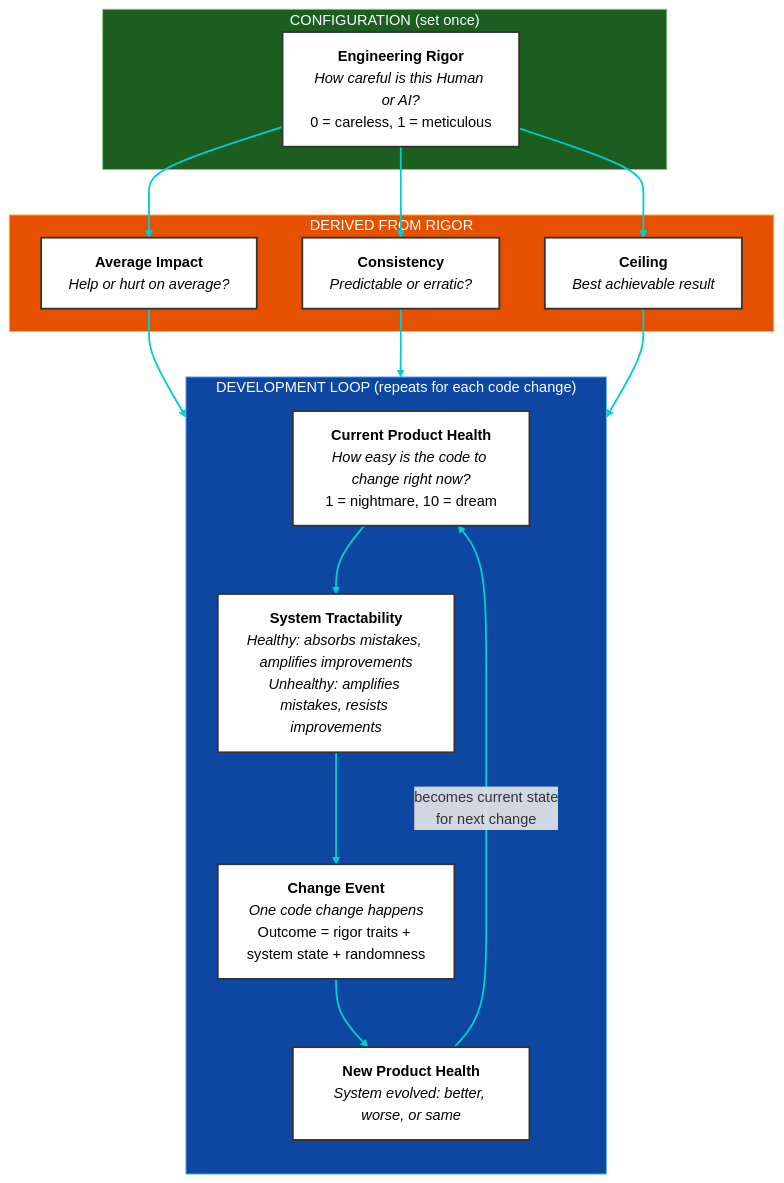
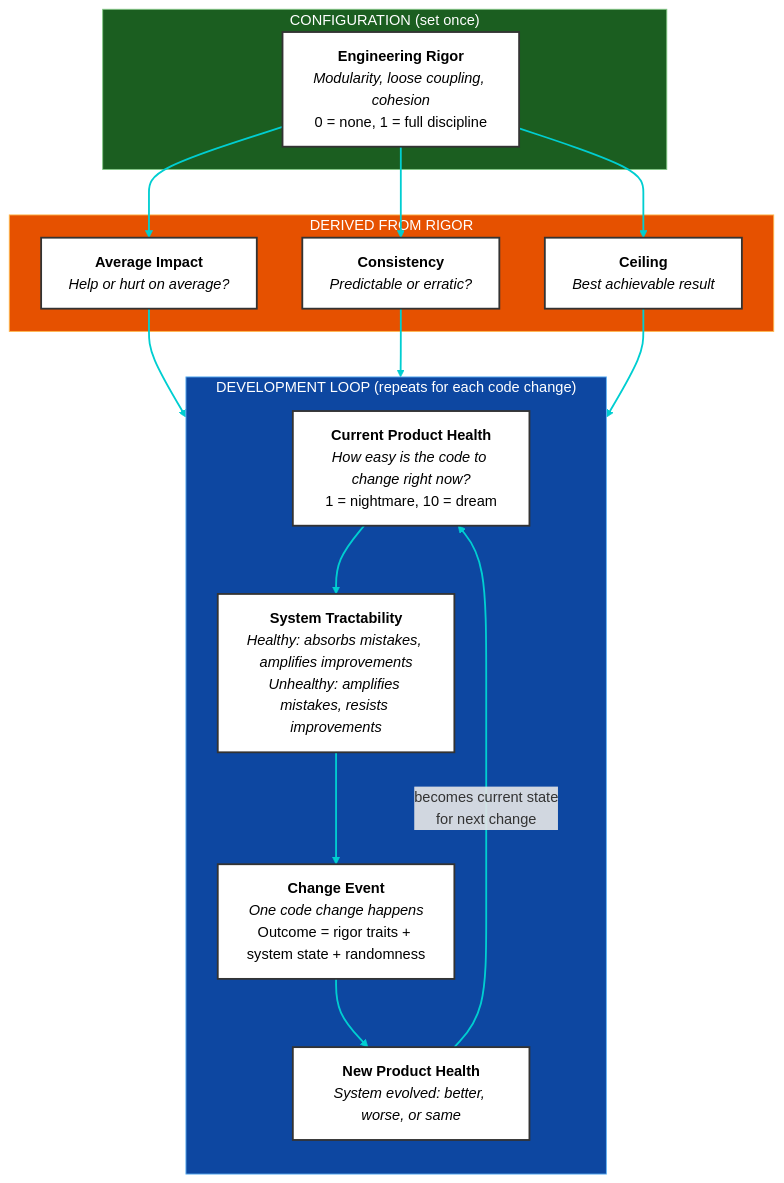
One commit to dawid-dahl-umain/product-health-dynamics changed the diagram in model.mermaid. Above: the diagram before and after it, drawn with Mermaid.

Commit message:
docs: update mermaid diagram description for Engineering Rigor to emphasize modularity and discipline

```diff
--- a/model.mermaid
+++ b/model.mermaid
@@ -1,40 +1,40 @@
 flowchart TB
     subgraph config ["CONFIGURATION (set once)"]
-        ER["<b>Engineering Rigor</b><br/><i>How careful is this Human or AI?</i><br/>0 = careless, 1 = meticulous"]
+        ER["<b>Engineering Rigor</b><br/><i>Modularity, loose coupling, cohesion</i><br/>0 = none, 1 = full discipline"]
     end
 
     subgraph derived ["DERIVED FROM RIGOR"]
         BI["<b>Average Impact</b><br/><i>Help or hurt on average?</i>"]
         BS["<b>Consistency</b><br/><i>Predictable or erratic?</i>"]
         MH["<b>Ceiling</b><br/><i>Best achievable result</i>"]
     end
 
     subgraph loop ["DEVELOPMENT LOOP (repeats for each code change)"]
         direction TB
         
         PH["<b>Current Product Health</b><br/><i>How easy is the code to change right now?</i><br/>1 = nightmare, 10 = dream"]
         
         SS["<b>System Tractability</b><br/><i>Healthy: absorbs mistakes, amplifies improvements</i><br/><i>Unhealthy: amplifies mistakes, resists improvements</i>"]
         
         CE["<b>Change Event</b><br/><i>One code change happens</i><br/>Outcome = rigor traits + system state + randomness"]
         
         NPH["<b>New Product Health</b><br/><i>System evolved: better, worse, or same</i>"]
 
         PH --> SS
         SS --> CE
         CE --> NPH
         NPH -->|"becomes current state<br/>for next change"| PH
     end
 
     ER --> BI & BS & MH
     BI & BS & MH --> CE
 
     %% Styling
     style config fill:#1b5e20,stroke:#81c784,color:#fff
     style derived fill:#e65100,stroke:#ffb74d,color:#fff
     style loop fill:#0d47a1,stroke:#64b5f6,color:#fff
 
     classDef nodeStyle fill:#fff,stroke:#333,color:#000,stroke-width:2px
     class ER,PH,BI,BS,MH,SS,CE,NPH nodeStyle
 
     linkStyle default stroke:#00ced1,stroke-width:2px
```
